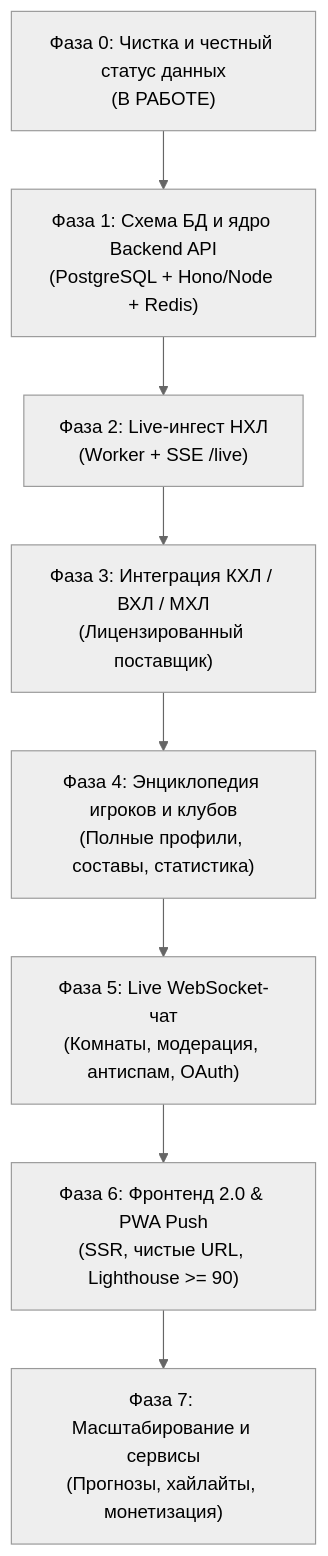
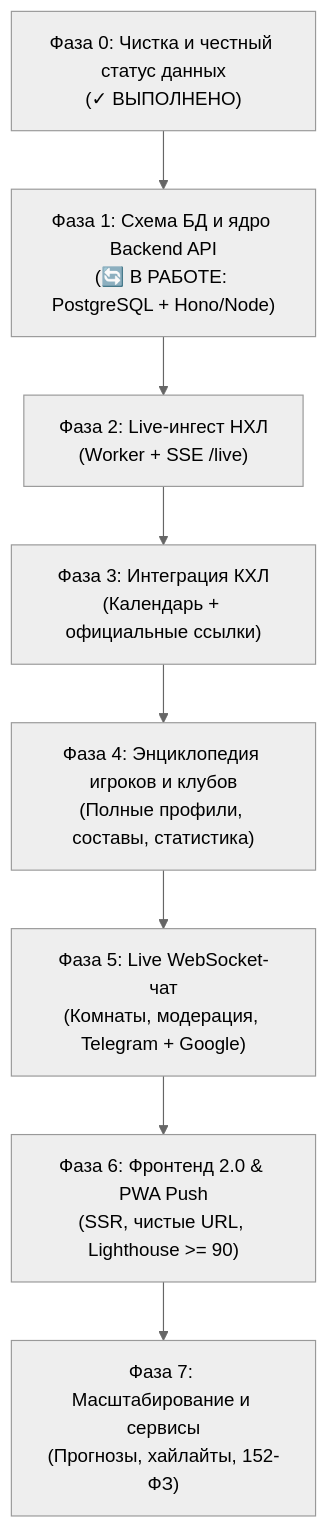
One commit to newiziwavez33-hub/hockey365 changed the diagram in PLAN.md. Above: the diagram before and after it, drawn with Mermaid (neutral theme). The commit also changed other lines of this file and 6 other files, not shown here.

Commit message:
feat(phase-1): PostgreSQL schema for Supabase, Hono backend API, SSE live stream, and moderated chat endpoints

````diff
--- a/PLAN.md
+++ b/PLAN.md
@@ -24,10 +31,10 @@
 ```mermaid
 flowchart TD
-    P0["Фаза 0: Чистка и честный статус данных\n(В РАБОТЕ)"] --> P1["Фаза 1: Схема БД и ядро Backend API\n(PostgreSQL + Hono/Node + Redis)"]
+    P0["Фаза 0: Чистка и честный статус данных\n(✓ ВЫПОЛНЕНО)"] --> P1["Фаза 1: Схема БД и ядро Backend API\n(🔄 В РАБОТЕ: PostgreSQL + Hono/Node)"]
     P1 --> P2["Фаза 2: Live-ингест НХЛ\n(Worker + SSE /live)"]
-    P2 --> P3["Фаза 3: Интеграция КХЛ / ВХЛ / МХЛ\n(Лицензированный поставщик)"]
+    P2 --> P3["Фаза 3: Интеграция КХЛ\n(Календарь + официальные ссылки)"]
     P3 --> P4["Фаза 4: Энциклопедия игроков и клубов\n(Полные профили, составы, статистика)"]
-    P4 --> P5["Фаза 5: Live WebSocket-чат\n(Комнаты, модерация, антиспам, OAuth)"]
+    P4 --> P5["Фаза 5: Live WebSocket-чат\n(Комнаты, модерация, Telegram + Google)"]
     P5 --> P6["Фаза 6: Фронтенд 2.0 & PWA Push\n(SSR, чистые URL, Lighthouse >= 90)"]
-    P6 --> P7["Фаза 7: Масштабирование и сервисы\n(Прогнозы, хайлайты, монетизация)"]
+    P6 --> P7["Фаза 7: Масштабирование и сервисы\n(Прогнозы, хайлайты, 152-ФЗ)"]
 ```
````
